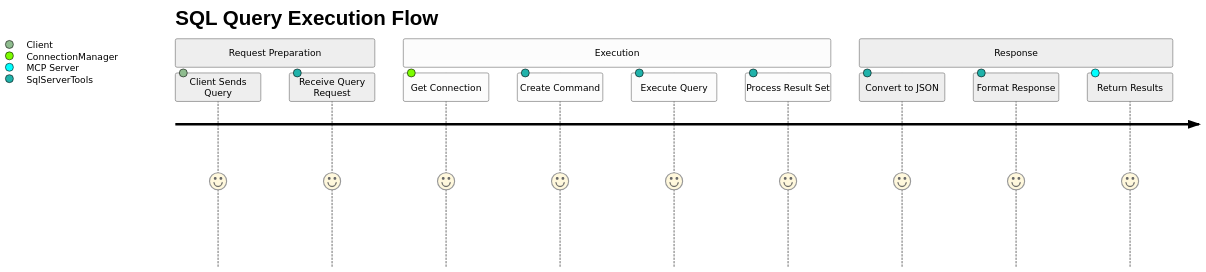
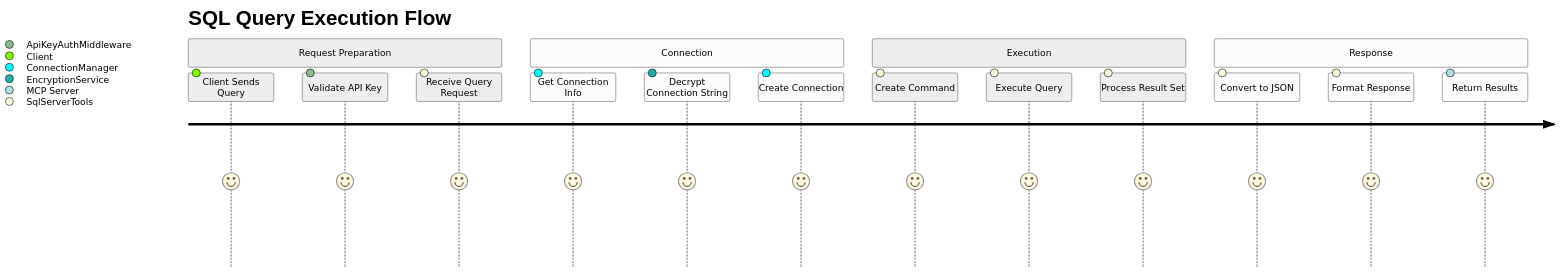
One commit to MCPRUNNER/mssqlMCP changed the fifth of 8 diagrams in Documentation/Architecture.md. Above: the diagram before and after it, drawn with Mermaid (neutral theme). The commit also changed other lines of this file and 14 other files, not shown here.

Commit message:
Adding Api Key Security, updated Architecture.md

````diff
--- a/Documentation/Architecture.md
+++ b/Documentation/Architecture.md
@@ -177,16 +205,20 @@
 ```mermaid
 journey
     title SQL Query Execution Flow
     section Request Preparation
         Client Sends Query: 5: Client
+        Validate API Key: 5: ApiKeyAuthMiddleware
         Receive Query Request: 5: SqlServerTools
+    section Connection
+        Get Connection Info: 5: ConnectionManager
+        Decrypt Connection String: 5: EncryptionService
+        Create Connection: 5: ConnectionManager
     section Execution
-        Get Connection: 5: ConnectionManager
         Create Command: 5: SqlServerTools
         Execute Query: 5: SqlServerTools
         Process Result Set: 5: SqlServerTools
     section Response
         Convert to JSON: 5: SqlServerTools
         Format Response: 5: SqlServerTools
         Return Results: 5: MCP Server
 ```
````
